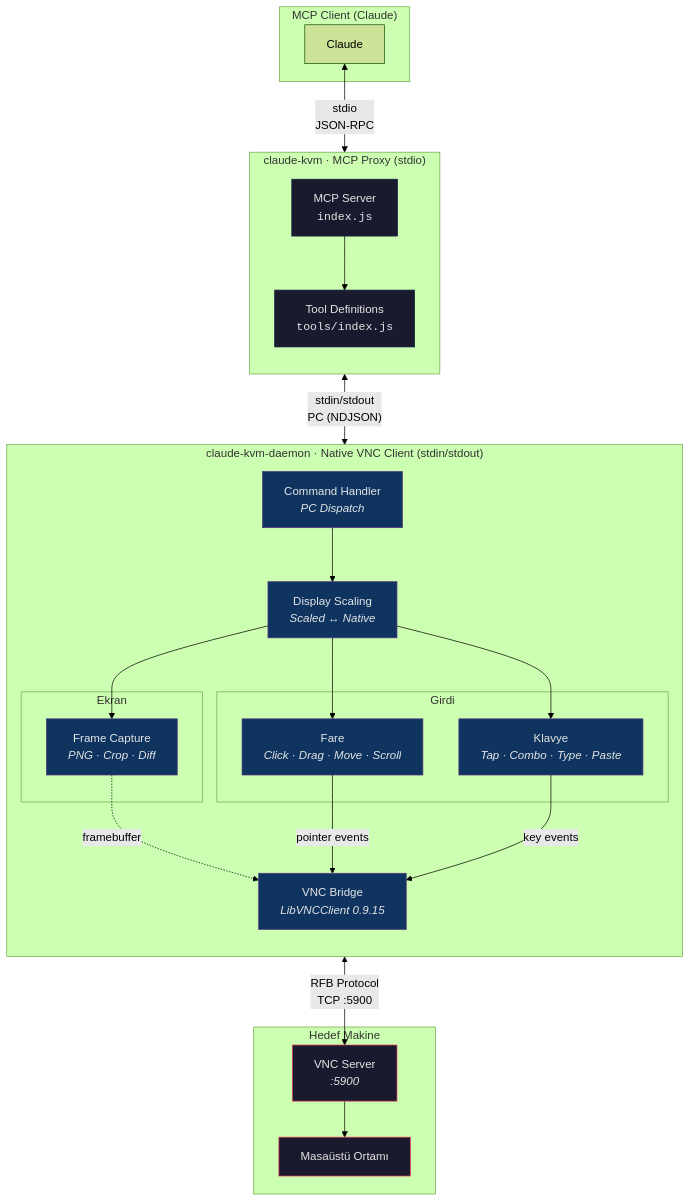
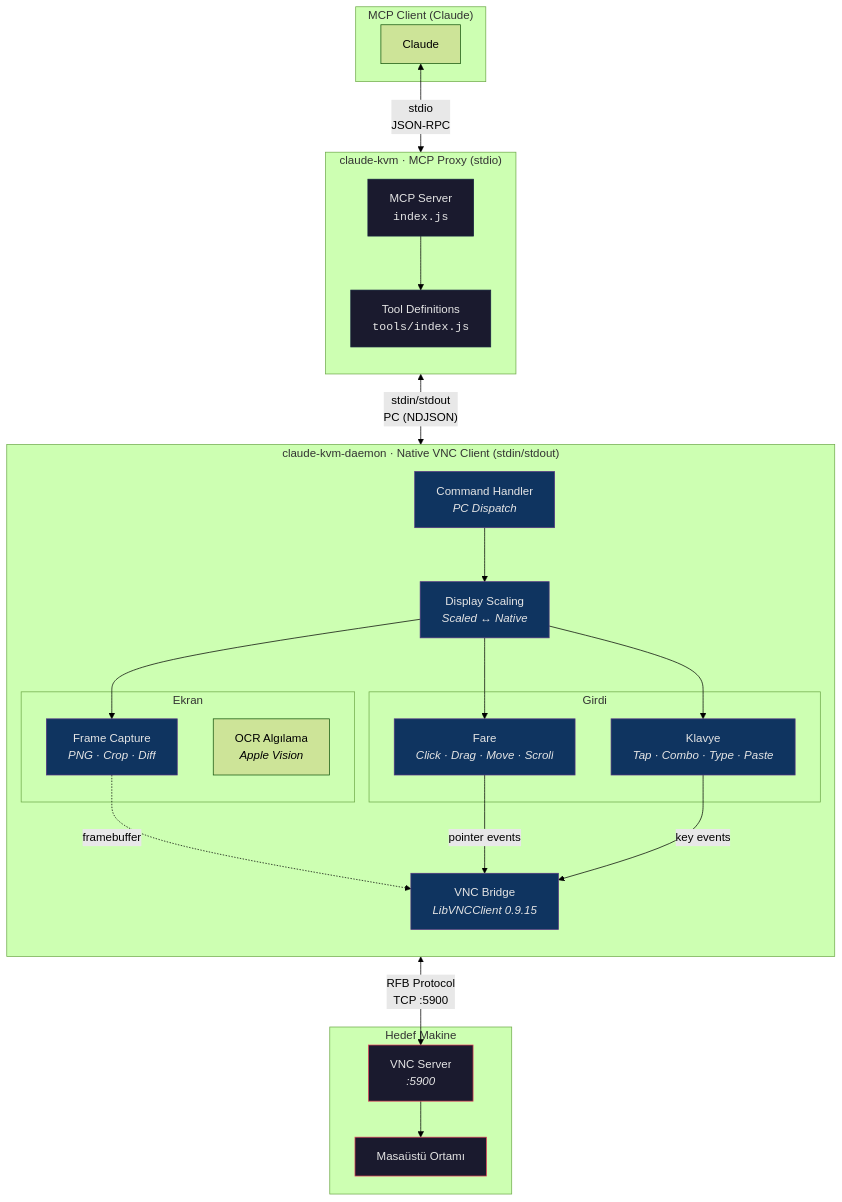
One commit to ARAS-Workspace/claude-kvm changed the diagram in README_TR.md. Above: the diagram before and after it, drawn with Mermaid (forest theme). The commit also changed other lines of this file and 2 other files, not shown here.

Commit message:
Update documentation for runtime configuration and OCR detection

````diff
--- a/README_TR.md
+++ b/README_TR.md
@@ -7,56 +7,57 @@
 ```mermaid
 graph TB
     subgraph MCP["MCP Client (Claude)"]
         AI["Claude"]
     end
 
     subgraph Proxy["claude-kvm · MCP Proxy (stdio)"]
         direction TB
         Server["MCP Server<br/><code>index.js</code>"]
         Tools["Tool Definitions<br/><code>tools/index.js</code>"]
         Server --> Tools
     end
 
     subgraph Daemon["claude-kvm-daemon · Native VNC Client (stdin/stdout)"]
         direction TB
         CMD["Command Handler<br/><i>PC Dispatch</i>"]
         Scale["Display Scaling<br/><i>Scaled ↔ Native</i>"]
 
         subgraph Screen["Ekran"]
             Capture["Frame Capture<br/><i>PNG · Crop · Diff</i>"]
+            OCR["OCR Algılama<br/><i>Apple Vision</i>"]
         end
 
         subgraph InputGroup["Girdi"]
             Mouse["Fare<br/><i>Click · Drag · Move · Scroll</i>"]
             KB["Klavye<br/><i>Tap · Combo · Type · Paste</i>"]
         end
 
         VNC["VNC Bridge<br/><i>LibVNCClient 0.9.15</i>"]
 
         CMD --> Scale
         Scale --> Capture
         Scale --> Mouse
         Scale --> KB
         Capture -.->|"framebuffer"| VNC
         Mouse -->|"pointer events"| VNC
         KB -->|"key events"| VNC
     end
 
     subgraph Target["Hedef Makine"]
         VNC_Server["VNC Server<br/><i>:5900</i>"]
         Desktop["Masaüstü Ortamı"]
         VNC_Server --> Desktop
     end
 
     AI <-->|"stdio<br/>JSON-RPC"| Server
     Server <-->|"stdin/stdout<br/>PC (NDJSON)"| CMD
     VNC <-->|"RFB Protocol<br/>TCP :5900"| VNC_Server
 
     classDef proxy fill:#1a1a2e,stroke:#16213e,color:#e5e5e5
     classDef daemon fill:#0f3460,stroke:#533483,color:#e5e5e5
     classDef target fill:#1a1a2e,stroke:#e94560,color:#e5e5e5
 
     class Server,Tools proxy
     class CMD,Scale,VNC,Capture,Mouse,KB daemon
     class VNC_Server,Desktop target
 ```
````
